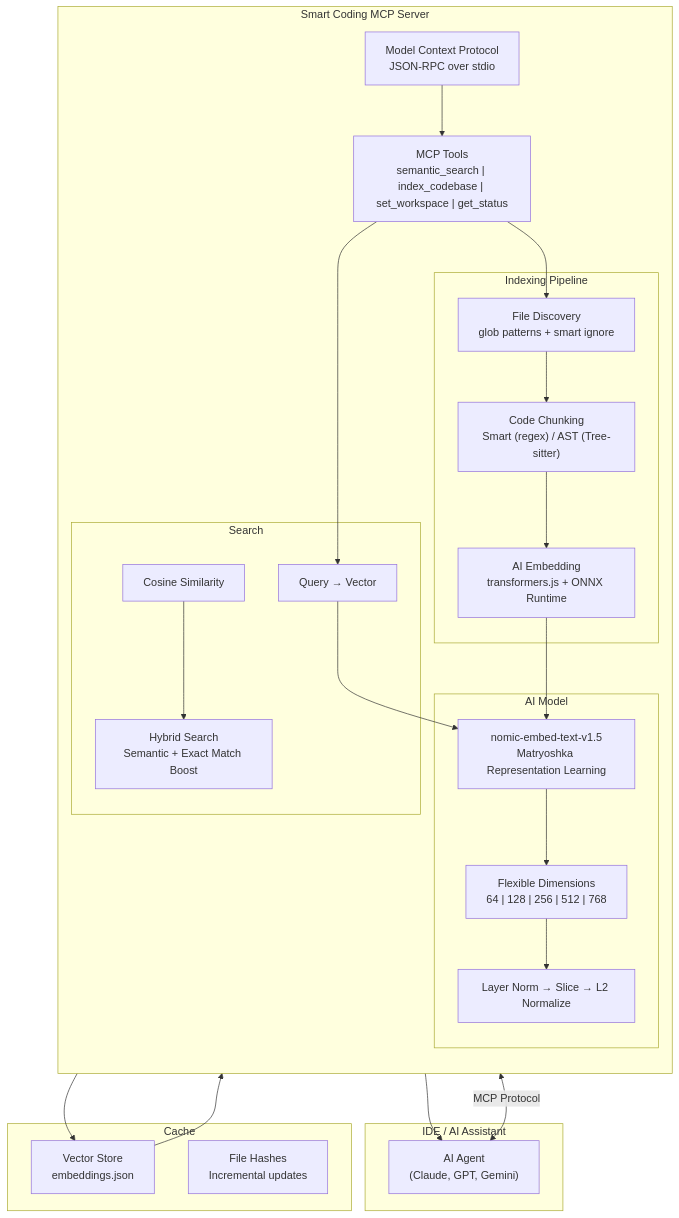
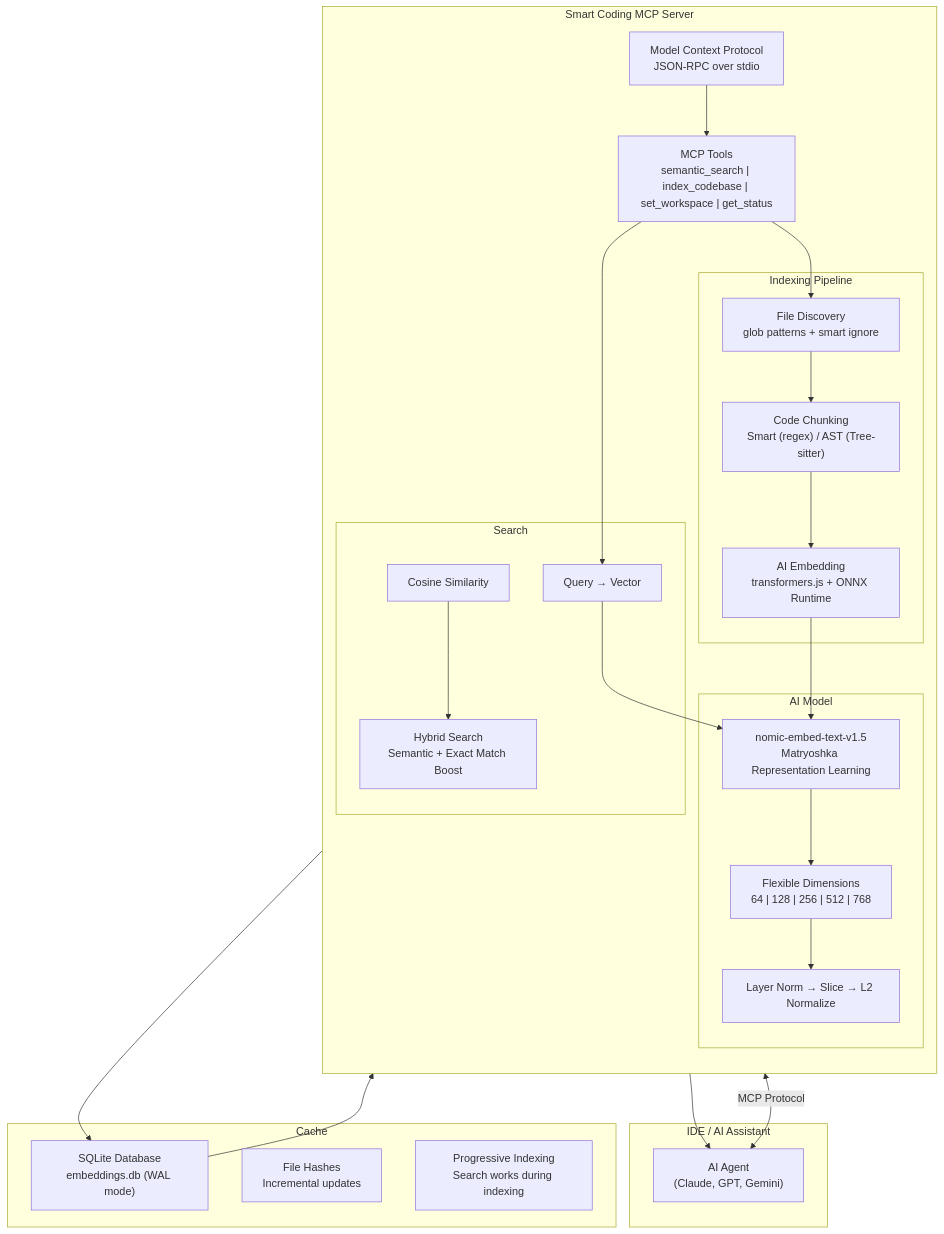
Before and after one commit to omar-haris/smart-coding-mcp: the diagram in README.md, drawn with Mermaid. The commit also changed other lines of this file and 10 other files, not shown here.

````diff
--- a/README.md
+++ b/README.md
@@ -174,52 +205,53 @@
 ```mermaid
 flowchart TB
     subgraph IDE["IDE / AI Assistant"]
         Agent["AI Agent<br/>(Claude, GPT, Gemini)"]
     end
 
     subgraph MCP["Smart Coding MCP Server"]
         direction TB
         Protocol["Model Context Protocol<br/>JSON-RPC over stdio"]
         Tools["MCP Tools<br/>semantic_search | index_codebase | set_workspace | get_status"]
 
         subgraph Indexing["Indexing Pipeline"]
             Discovery["File Discovery<br/>glob patterns + smart ignore"]
             Chunking["Code Chunking<br/>Smart (regex) / AST (Tree-sitter)"]
             Embedding["AI Embedding<br/>transformers.js + ONNX Runtime"]
         end
 
         subgraph AI["AI Model"]
             Model["nomic-embed-text-v1.5<br/>Matryoshka Representation Learning"]
             Dimensions["Flexible Dimensions<br/>64 | 128 | 256 | 512 | 768"]
             Normalize["Layer Norm → Slice → L2 Normalize"]
         end
 
         subgraph Search["Search"]
             QueryEmbed["Query → Vector"]
             Cosine["Cosine Similarity"]
             Hybrid["Hybrid Search<br/>Semantic + Exact Match Boost"]
         end
     end
 
     subgraph Storage["Cache"]
-        Vectors["Vector Store<br/>embeddings.json"]
+        Vectors["SQLite Database<br/>embeddings.db (WAL mode)"]
         Hashes["File Hashes<br/>Incremental updates"]
+        Progressive["Progressive Indexing<br/>Search works during indexing"]
     end
 
     Agent <-->|"MCP Protocol"| Protocol
     Protocol --> Tools
 
     Tools --> Discovery
     Discovery --> Chunking
     Chunking --> Embedding
     Embedding --> Model
     Model --> Dimensions
     Dimensions --> Normalize
     Normalize --> Vectors
 
     Tools --> QueryEmbed
     QueryEmbed --> Model
     Cosine --> Hybrid
     Vectors --> Cosine
     Hybrid --> Agent
 ```
````
